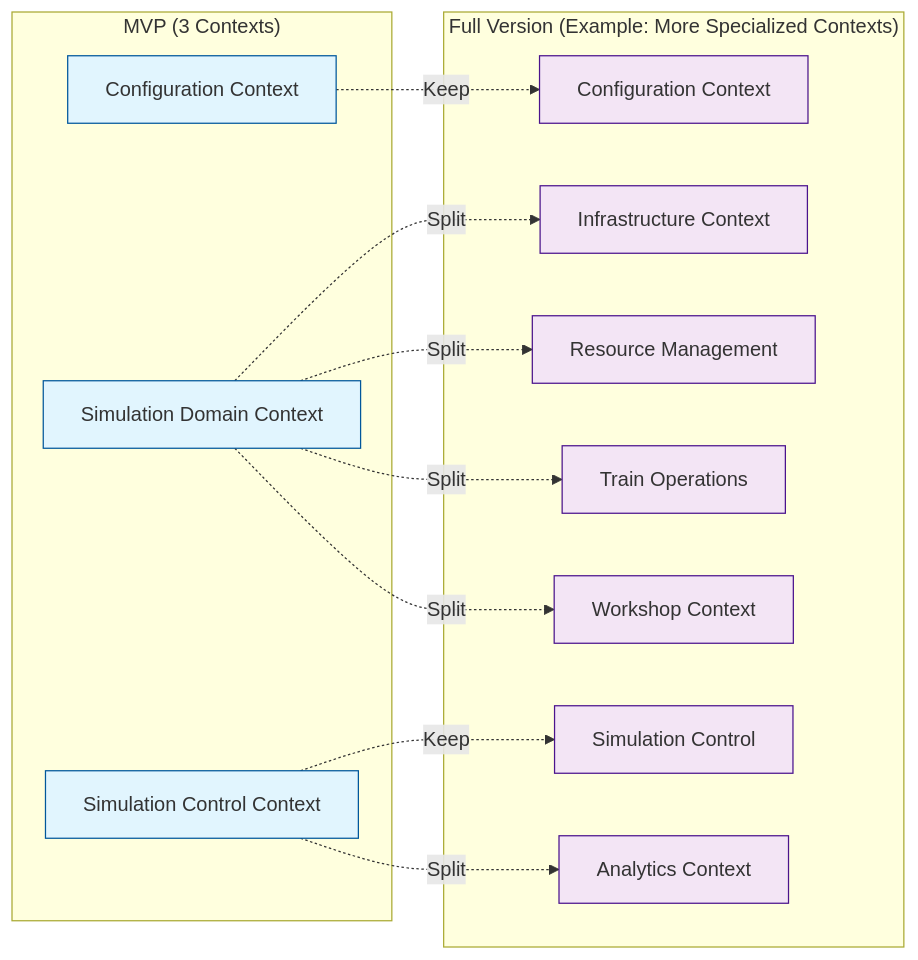
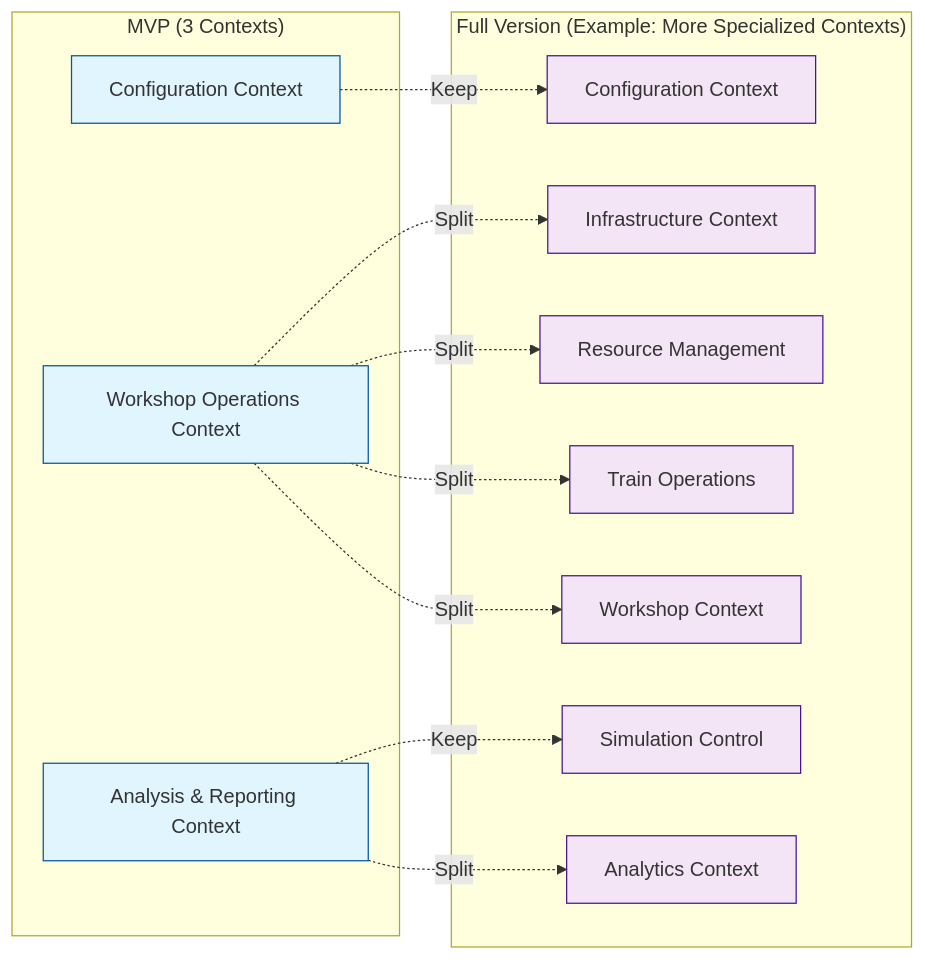
Before and after one commit to OpenRailAssociation/dac-migration-dss-popupsim: the second of 2 diagrams in docs/mvp/development/02-mvp-contexts.md, drawn with Mermaid. The commit also changed other lines of this file and 13 other files, not shown here.

````diff
--- a/docs/mvp/development/02-mvp-contexts.md
+++ b/docs/mvp/development/02-mvp-contexts.md
@@ -227,32 +227,32 @@
 ```mermaid
 graph LR
     subgraph "MVP (3 Contexts)"
         CC_MVP[Configuration Context]
-        SDC_MVP[Simulation Domain Context]
-        SCC_MVP[Simulation Control Context]
+        SDC_MVP[Workshop Operations Context]
+        SCC_MVP[Analysis & Reporting Context]
     end
 
     subgraph "Full Version (Example: More Specialized Contexts)"
         CC[Configuration Context]
         IC[Infrastructure Context]
         RM[Resource Management]
         TO[Train Operations]
         WS[Workshop Context]
         SIM[Simulation Control]
         AN[Analytics Context]
     end
 
     CC_MVP -.->|Keep| CC
     SDC_MVP -.->|Split| IC
     SDC_MVP -.->|Split| RM
     SDC_MVP -.->|Split| TO
     SDC_MVP -.->|Split| WS
     SCC_MVP -.->|Keep| SIM
     SCC_MVP -.->|Split| AN
 
     classDef mvp fill:#e1f5fe,stroke:#01579b
     classDef full fill:#f3e5f5,stroke:#4a148c
 
     class CC_MVP,SDC_MVP,SCC_MVP mvp
     class CC,IC,RM,TO,WS,SIM,AN full
 ```
````
